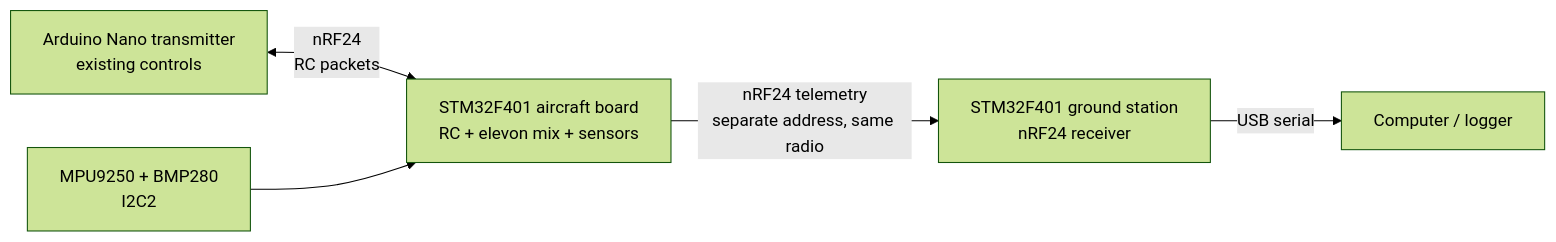
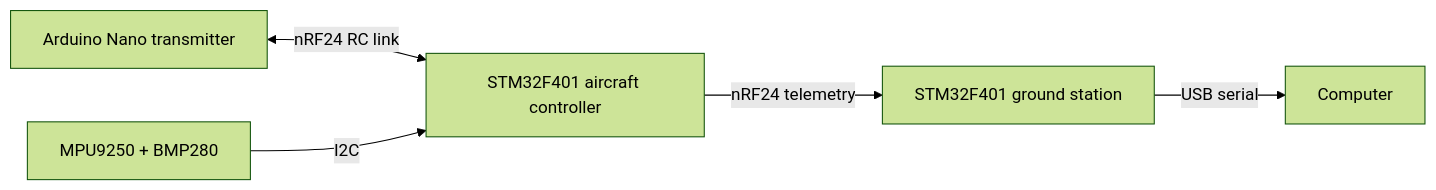
Before and after one commit to EpicYamo/NanoLink: the diagram in README.md, drawn with Mermaid (forest theme). The commit also changed other lines of this file and 5 other files, not shown here.

````diff
--- a/README.md
+++ b/README.md
@@ -37,7 +9,7 @@
 ```mermaid
 flowchart LR
-  TX[Arduino Nano transmitter\nexisting controls] <-->|nRF24\nRC packets| FC[STM32F401 aircraft board\nRC + elevon mix + sensors]
-  IMU[MPU9250 + BMP280\nI2C2] --> FC
-  FC -->|nRF24 telemetry\nseparate address, same radio| GS[STM32F401 ground station\nnRF24 receiver]
-  GS -->|USB serial| PC[Computer / logger]
+  TX[Arduino Nano transmitter] <-->|nRF24 RC link| FC[STM32F401 aircraft controller]
+  IMU[MPU9250 + BMP280] -->|I2C| FC
+  FC -->|nRF24 telemetry| GS[STM32F401 ground station]
+  GS -->|USB serial| PC[Computer]
 ```
````
